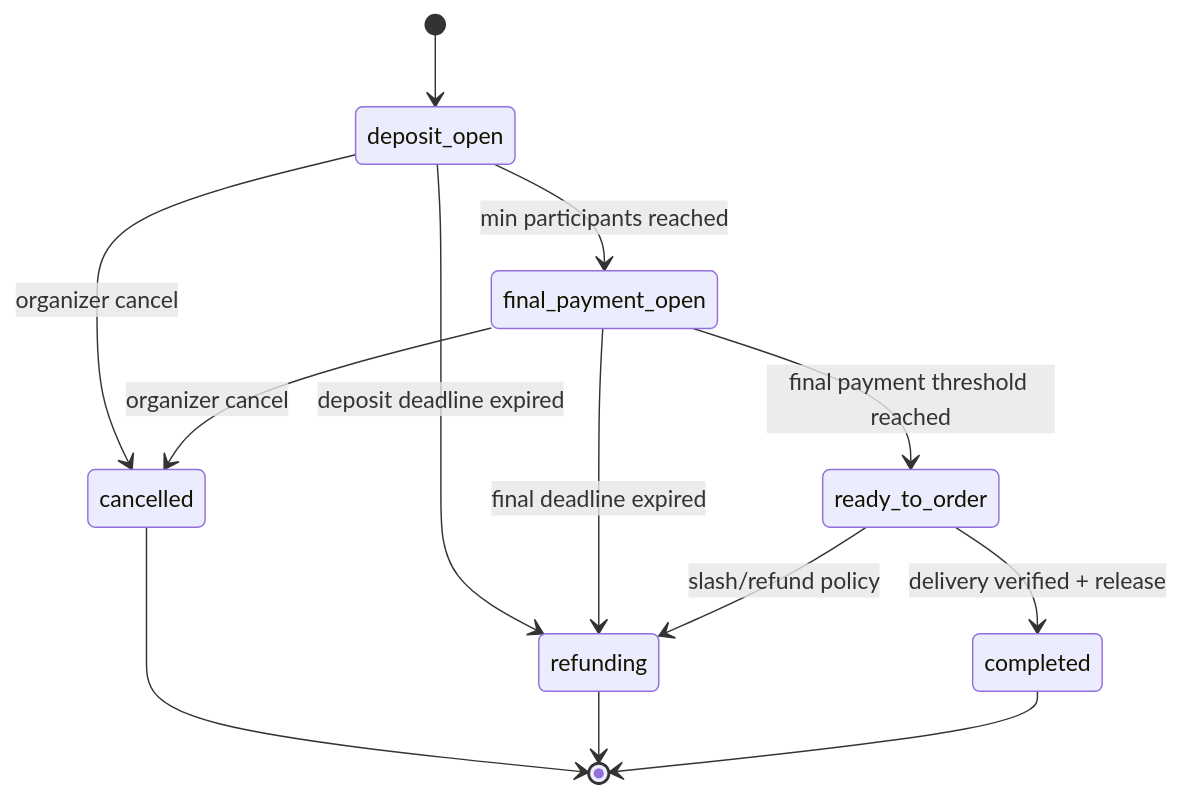
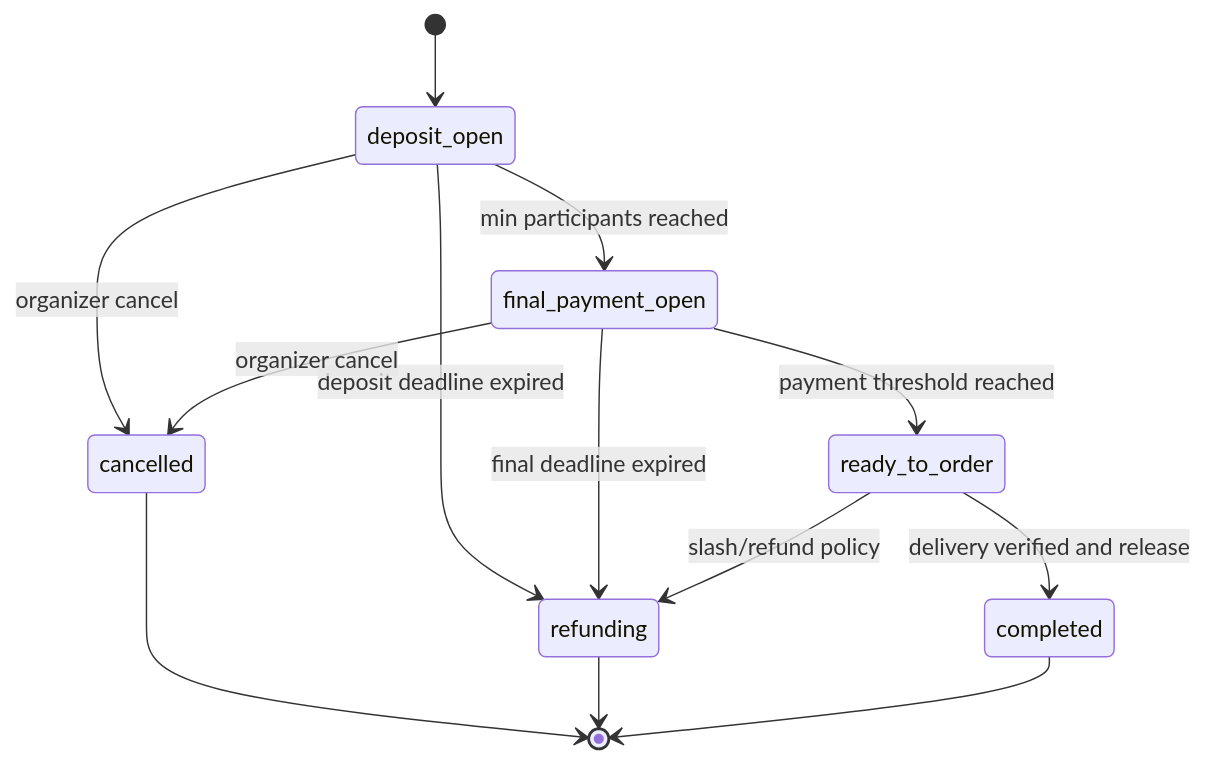
One commit to thapld/CircleBuy changed the third of 3 diagrams in README.md. Above: the diagram before and after it, drawn with Mermaid. The commit also changed other lines of this file, not shown here.

````diff
--- a/README.md
+++ b/README.md
@@ -89,15 +79,15 @@
 ```mermaid
 stateDiagram-v2
     [*] --> deposit_open
     deposit_open --> final_payment_open: min participants reached
     deposit_open --> refunding: deposit deadline expired
-    final_payment_open --> ready_to_order: final payment threshold reached
+    final_payment_open --> ready_to_order: payment threshold reached
     final_payment_open --> refunding: final deadline expired
-    ready_to_order --> completed: delivery verified + release
+    ready_to_order --> completed: delivery verified and release
     ready_to_order --> refunding: slash/refund policy
     deposit_open --> cancelled: organizer cancel
     final_payment_open --> cancelled: organizer cancel
     cancelled --> [*]
     refunding --> [*]
     completed --> [*]
 ```
````
